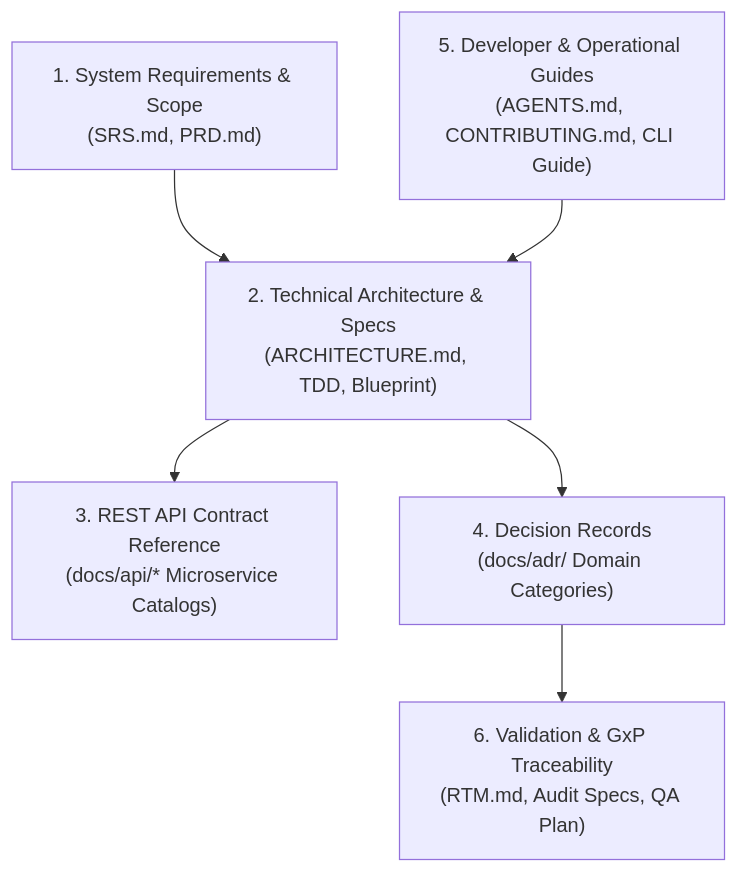
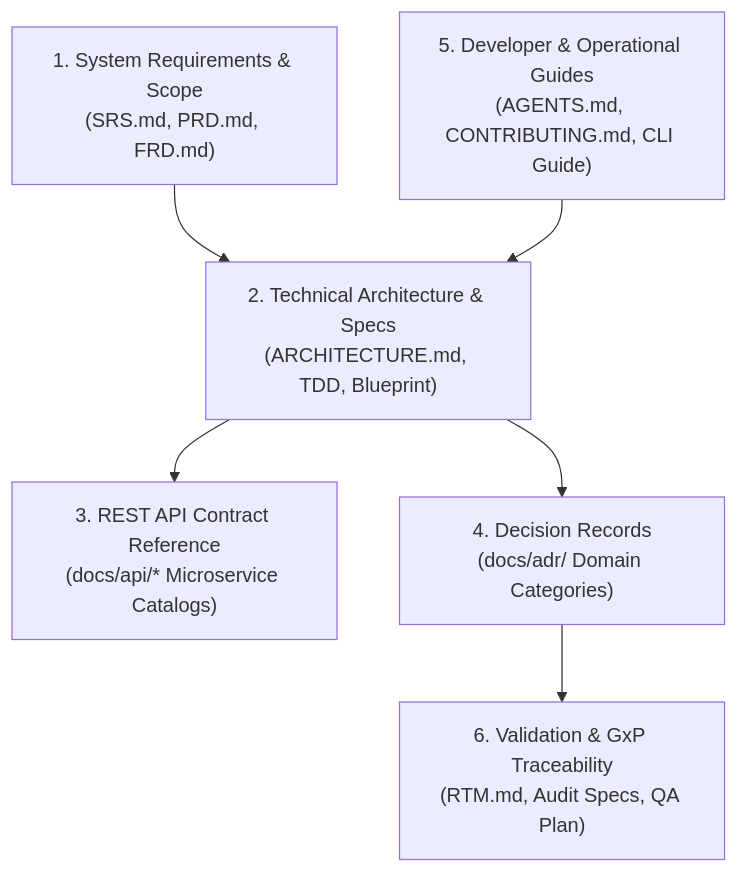
The diagram in docs/DOCUMENTATION_INDEX.md (fderuiter/cadence-clinical), drawn with Mermaid before and after one commit. The commit also changed other lines of this file and 3 other files, not shown here.

````diff
--- a/docs/DOCUMENTATION_INDEX.md
+++ b/docs/DOCUMENTATION_INDEX.md
@@ -11,15 +11,15 @@
 ```mermaid
 graph TD
-    Layer1["1. System Requirements & Scope<br/>(SRS.md, PRD.md)"]
+    Layer1["1. System Requirements & Scope<br/>(SRS.md, PRD.md, FRD.md)"]
     Layer2["2. Technical Architecture & Specs<br/>(ARCHITECTURE.md, TDD, Blueprint)"]
     Layer3["3. REST API Contract Reference<br/>(docs/api/* Microservice Catalogs)"]
     Layer4["4. Decision Records<br/>(docs/adr/ Domain Categories)"]
     Layer5["5. Developer & Operational Guides<br/>(AGENTS.md, CONTRIBUTING.md, CLI Guide)"]
     Layer6["6. Validation & GxP Traceability<br/>(RTM.md, Audit Specs, QA Plan)"]
 
     Layer1 --> Layer2
     Layer2 --> Layer3
     Layer2 --> Layer4
     Layer4 --> Layer6
     Layer5 --> Layer2
 ```
````
